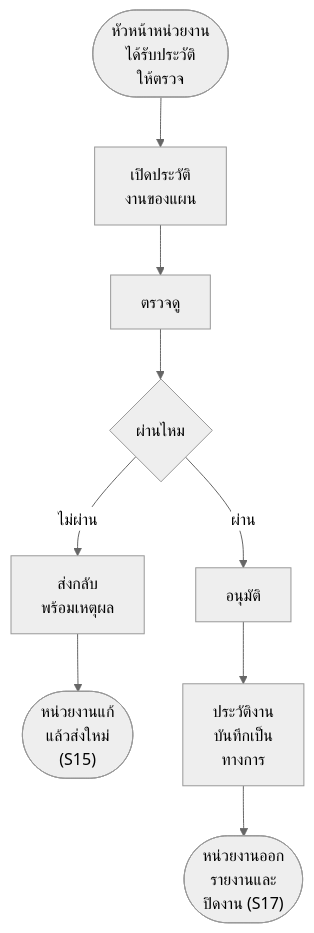
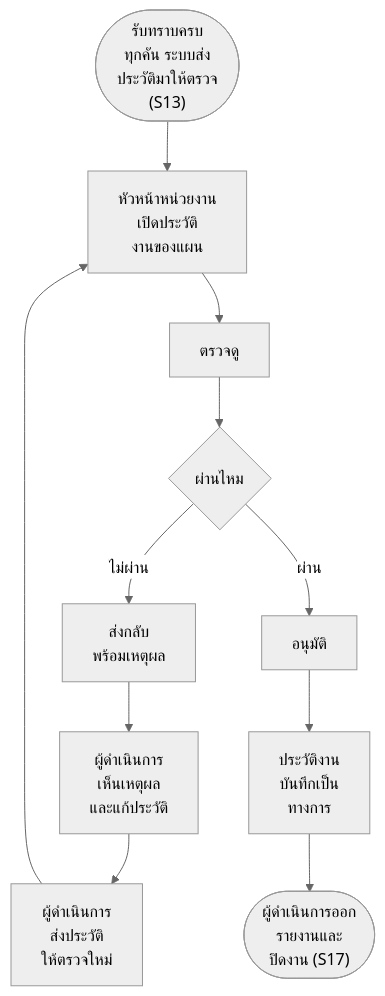
One commit to anugmail/Maintenance-Request-Form changed diagram 16 of 19 in Diagram/01-บำรุงรักษาตามวาระ/27-บำรุงรักษา-flowchart-กิจกรรม.md. Above: the diagram before and after it, drawn with Mermaid (neutral theme). The commit also changed other lines of this file and 21 other files, not shown here.

````diff
--- a/Diagram/01-บำรุงรักษาตามวาระ/27-บำรุงรักษา-flowchart-กิจกรรม.md
+++ b/Diagram/01-บำรุงรักษาตามวาระ/27-บำรุงรักษา-flowchart-กิจกรรม.md
@@ -363,11 +348,13 @@
 ```mermaid
 flowchart TD
-    S(["หัวหน้าหน่วยงาน<br/>ได้รับประวัติ<br/>ให้ตรวจ"]) --> A1["เปิดประวัติ<br/>งานของแผน"]
+    S(["รับทราบครบ<br/>ทุกคัน ระบบส่ง<br/>ประวัติมาให้ตรวจ<br/>(S13)"]) --> A1["หัวหน้าหน่วยงาน<br/>เปิดประวัติ<br/>งานของแผน"]
     A1 --> A2["ตรวจดู"]
     A2 --> Q1{"ผ่านไหม"}
     Q1 -->|ไม่ผ่าน| A3["ส่งกลับ<br/>พร้อมเหตุผล"]
-    A3 --> E1(["หน่วยงานแก้<br/>แล้วส่งใหม่<br/>(S15)"])
+    A3 --> A6["ผู้ดำเนินการ<br/>เห็นเหตุผล<br/>และแก้ประวัติ"]
+    A6 --> A7["ผู้ดำเนินการ<br/>ส่งประวัติ<br/>ให้ตรวจใหม่"]
+    A7 --> A1
     Q1 -->|ผ่าน| A4["อนุมัติ"]
     A4 --> A5["ประวัติงาน<br/>บันทึกเป็น<br/>ทางการ"]
-    A5 --> E2(["หน่วยงานออก<br/>รายงานและ<br/>ปิดงาน (S17)"])
+    A5 --> E2(["ผู้ดำเนินการออก<br/>รายงานและ<br/>ปิดงาน (S17)"])
 ```
````
